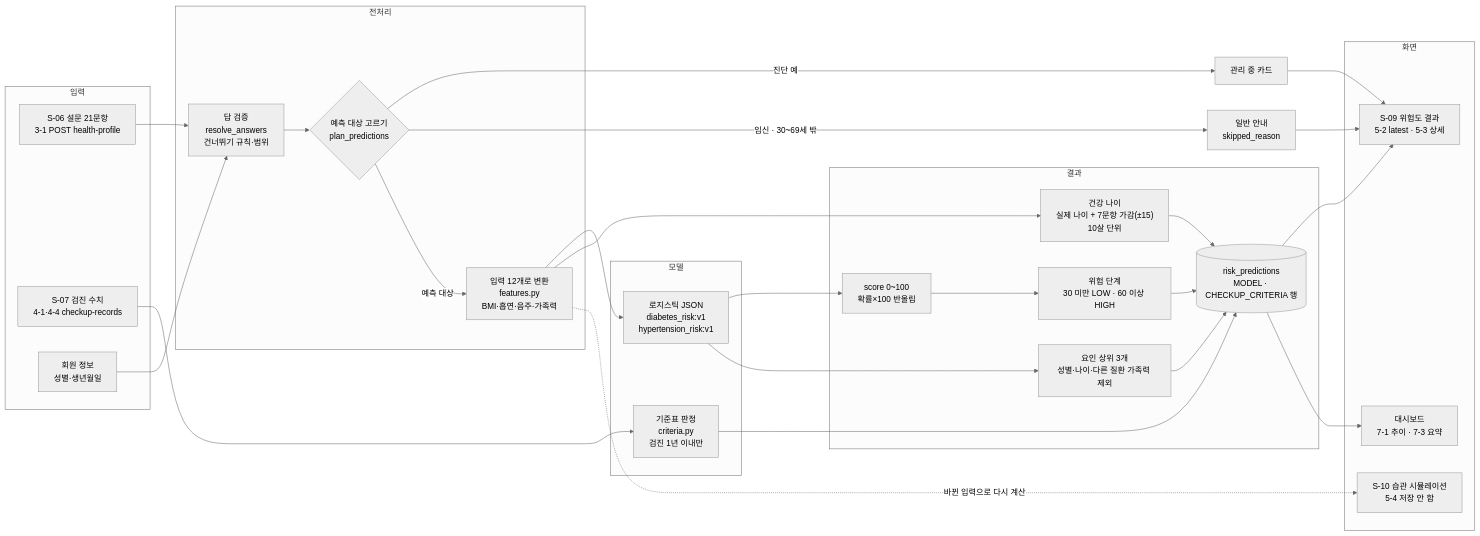
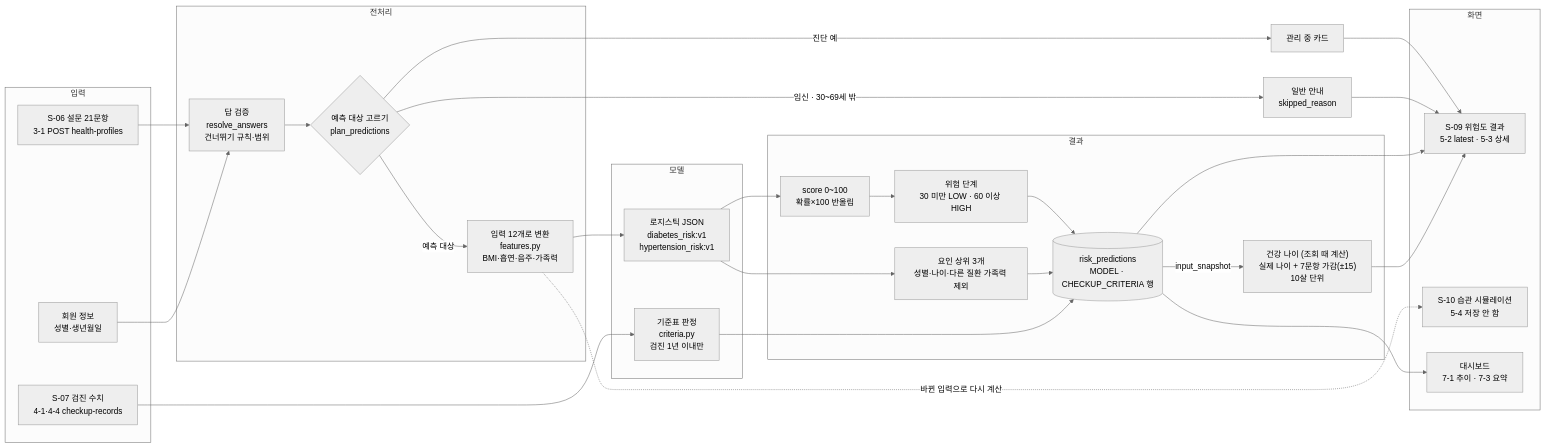
Before and after one commit to AI-HealthCare-07/pair2care: the diagram in docs/prediction-pipeline.md, drawn with Mermaid (neutral theme). The commit also changed other lines of this file, not shown here.

Commit message:
docs: 흐름도 리뷰 반영 (건강 나이는 조회 때 계산, health-profiles 경로)

````diff
--- a/docs/prediction-pipeline.md
+++ b/docs/prediction-pipeline.md
@@ -7,54 +7,53 @@
 ```mermaid
 flowchart LR
     subgraph G1["입력"]
-        A["S-06 설문 21문항<br/>3-1 POST health-profile"]
+        A["S-06 설문 21문항<br/>3-1 POST health-profiles"]
         B["S-07 검진 수치<br/>4-1·4-4 checkup-records"]
         U["회원 정보<br/>성별·생년월일"]
     end
 
     subgraph G2["전처리"]
         V["답 검증<br/>resolve_answers<br/>건너뛰기 규칙·범위"]
         PL{"예측 대상 고르기<br/>plan_predictions"}
         F["입력 12개로 변환<br/>features.py<br/>BMI·흡연·음주·가족력"]
     end
 
     subgraph G3["모델"]
         M["로지스틱 JSON<br/>diabetes_risk:v1<br/>hypertension_risk:v1"]
         C["기준표 판정<br/>criteria.py<br/>검진 1년 이내만"]
     end
 
     subgraph G4["결과"]
         S["score 0~100<br/>확률×100 반올림"]
         L["위험 단계<br/>30 미만 LOW · 60 이상 HIGH"]
         FA["요인 상위 3개<br/>성별·나이·다른 질환 가족력 제외"]
-        HA["건강 나이<br/>실제 나이 + 7문항 가감(±15)<br/>10살 단위"]
+        HA["건강 나이 (조회 때 계산)<br/>실제 나이 + 7문항 가감(±15)<br/>10살 단위"]
         DB[("risk_predictions<br/>MODEL · CHECKUP_CRITERIA 행")]
     end
 
     subgraph G5["화면"]
         S09["S-09 위험도 결과<br/>5-2 latest · 5-3 상세"]
         S10["S-10 습관 시뮬레이션<br/>5-4 저장 안 함"]
         D["대시보드<br/>7-1 추이 · 7-3 요약"]
     end
 
     A --> V
     U --> V
     V --> PL
     PL -- "진단 예" --> MG["관리 중 카드"]
     PL -- "임신 · 30~69세 밖" --> SK["일반 안내<br/>skipped_reason"]
     PL -- "예측 대상" --> F
     F --> M
     B --> C
     M --> S --> L
     M --> FA
-    F --> HA
     L --> DB
     FA --> DB
-    HA --> DB
     C --> DB
     MG --> S09
     SK --> S09
     DB --> S09
+    DB -- "input_snapshot" --> HA --> S09
     DB --> D
     F -. "바뀐 입력으로 다시 계산" .-> S10
 ```
````
